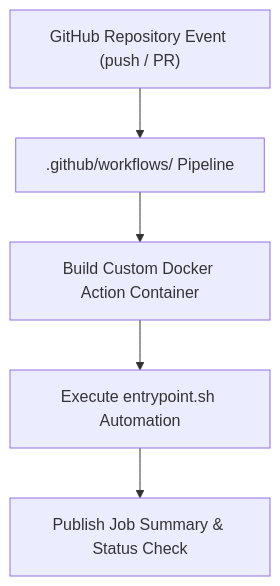
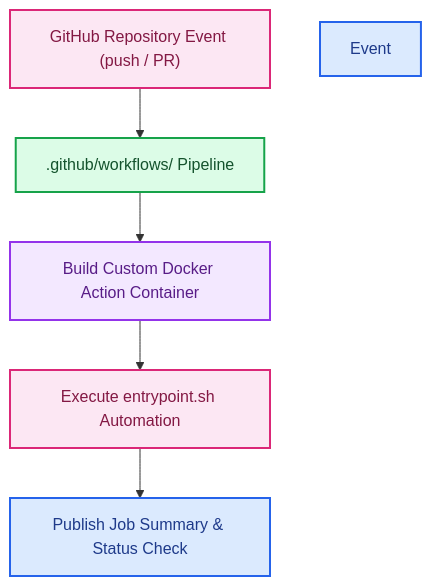
One commit to RobinaMirbahar/skills-hello-github-actions changed the diagram in README.md. Above: the diagram before and after it, drawn with Mermaid. The commit also changed other lines of this file, not shown here.

Commit message:
docs: add 3-line Author & Companion Publication header, color-coded Mermaid diagram, and remove repetitive footer

````diff
--- a/README.md
+++ b/README.md
@@ -23,7 +23,13 @@
 ```mermaid
 flowchart TD
     A["GitHub Repository Event (push / PR)"] --> B[".github/workflows/ Pipeline"]
     B --> C["Build Custom Docker Action Container"]
     C --> D["Execute entrypoint.sh Automation"]
     D --> E["Publish Job Summary & Status Check"]
+    style A fill:#fce7f3,stroke:#db2777,stroke-width:2px,color:#831843
+    style Event fill:#dbeafe,stroke:#2563eb,stroke-width:2px,color:#1e3a8a
+    style B fill:#dcfce7,stroke:#16a34a,stroke-width:2px,color:#14532d
+    style C fill:#f3e8ff,stroke:#9333ea,stroke-width:2px,color:#581c87
+    style D fill:#fce7f3,stroke:#db2777,stroke-width:2px,color:#831843
+    style E fill:#dbeafe,stroke:#2563eb,stroke-width:2px,color:#1e3a8a
 ```
````
